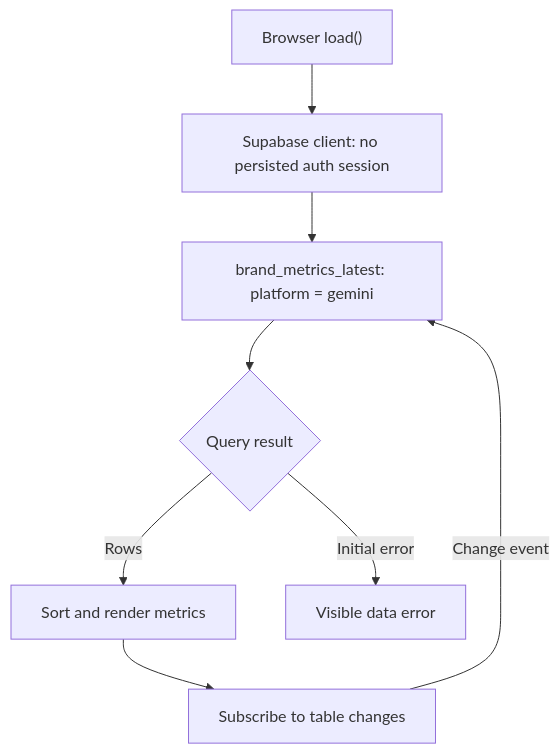
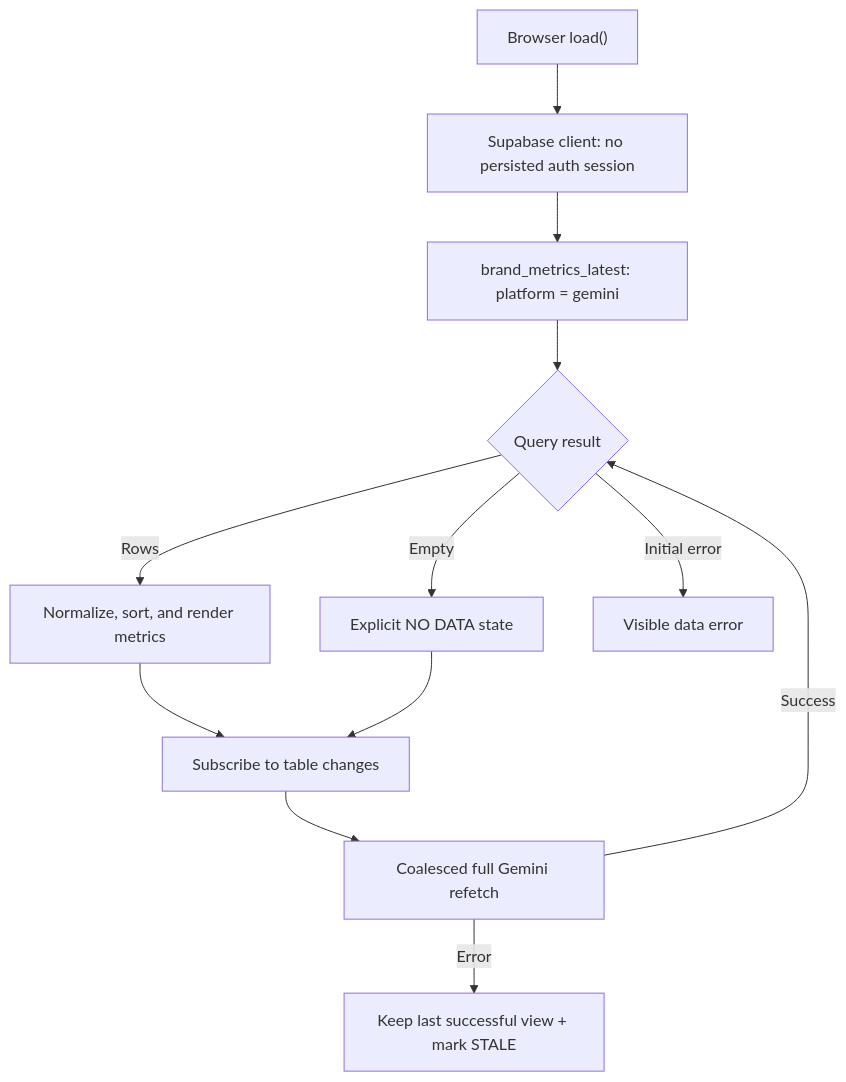
The diagram in docs/ARCHITECTURE.md (naraya07pedro-spec/bimmca-intelligence), drawn with Mermaid before and after one commit. The commit also changed other lines of this file and 3 other files, not shown here.

````diff
--- a/docs/ARCHITECTURE.md
+++ b/docs/ARCHITECTURE.md
@@ -7,10 +7,14 @@
-```mermaid
+~~~mermaid
 flowchart TD
     A["Browser load()"] --> B["Supabase client: no persisted auth session"]
     B --> C["brand_metrics_latest: platform = gemini"]
     C --> D{"Query result"}
-    D -->|Rows| E["Sort and render metrics"]
-    D -->|Initial error| F["Visible data error"]
-    E --> G["Subscribe to table changes"]
-    G -->|Change event| C
-```
+    D -->|Rows| E["Normalize, sort, and render metrics"]
+    D -->|Empty| F["Explicit NO DATA state"]
+    D -->|Initial error| G["Visible data error"]
+    E --> H["Subscribe to table changes"]
+    F --> H
+    H --> I["Coalesced full Gemini refetch"]
+    I -->|Success| D
+    I -->|Error| J["Keep last successful view + mark STALE"]
+~~~
````
